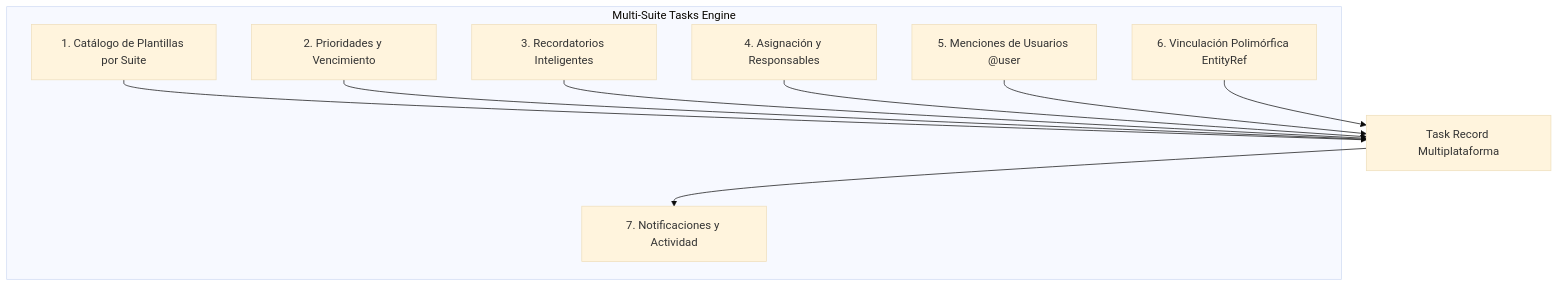
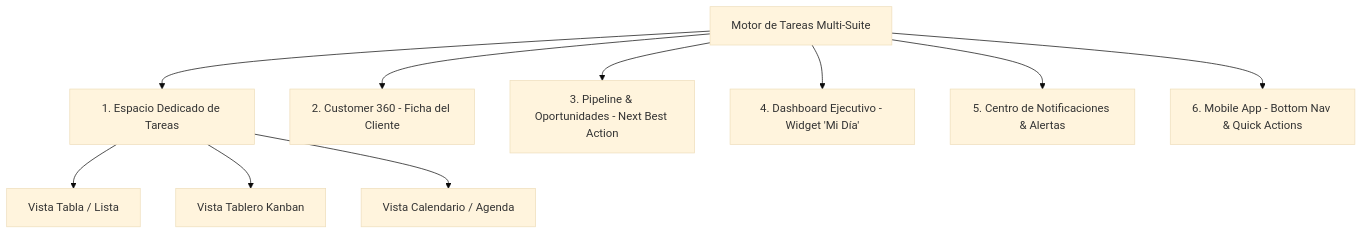
Before and after one commit to minoveaz/loopdev-v2: the diagram in docs/implementation/crm/tasks/discovery.md, drawn with Mermaid (base theme). The commit also changed other lines of this file and 2 other files, not shown here.

Commit message:
docs(tasks): document all 6 views and 4 advanced features (quick reschedule, checklist, cmk, custom views)

````diff
--- a/docs/implementation/crm/tasks/discovery.md
+++ b/docs/implementation/crm/tasks/discovery.md
@@ -29,15 +27,15 @@
 ```mermaid
 flowchart TD
-    subgraph Multi-Suite Tasks Engine
-        CAT[1. Catálogo de Plantillas por Suite]
-        PRIO[2. Prioridades y Vencimiento]
-        REMIND[3. Recordatorios Inteligentes]
-        ASSIGN[4. Asignación y Responsables]
-        MENTION[5. Menciones de Usuarios @user]
-        POLY[6. Vinculación Polimórfica EntityRef]
-        NOTIF[7. Notificaciones y Actividad]
-    end
+    TASK_ENGINE[Motor de Tareas Multi-Suite]
 
-    CAT & PRIO & REMIND & ASSIGN & MENTION & POLY --> TASK[Task Record Multiplataforma]
-    TASK --> NOTIF
+    TASK_ENGINE --> S1[1. Espacio Dedicado de Tareas]
+    TASK_ENGINE --> S2[2. Customer 360 - Ficha del Cliente]
+    TASK_ENGINE --> S3[3. Pipeline & Oportunidades - Next Best Action]
+    TASK_ENGINE --> S4[4. Dashboard Ejecutivo - Widget 'Mi Día']
+    TASK_ENGINE --> S5[5. Centro de Notificaciones & Alertas]
+    TASK_ENGINE --> S6[6. Mobile App - Bottom Nav & Quick Actions]
+
+    S1 --> M1[Vista Tabla / Lista]
+    S1 --> M2[Vista Tablero Kanban]
+    S1 --> M3[Vista Calendario / Agenda]
 ```
````
